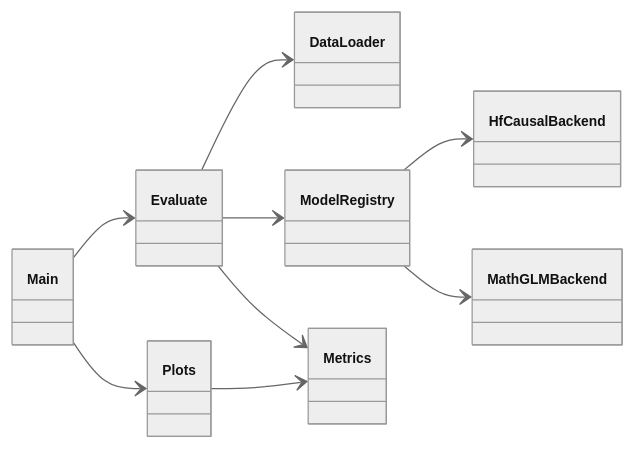
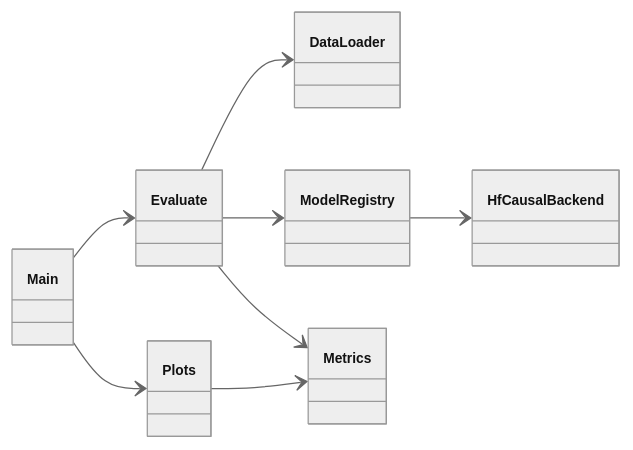
Before and after one commit to pymlex/calculator-benchmark: the diagram in README.md, drawn with Mermaid. The commit also changed other lines of this file and 5 other files, not shown here.

````diff
--- a/README.md
+++ b/README.md
@@ -18,21 +19,19 @@
 ```mermaid
 %%{init: {"theme": "neutral", "themeVariables": {"fontSize": "11px", "classFontSize": "11px"}}}%%
 classDiagram
     direction LR
     class Main
     class Evaluate
     class DataLoader
     class Metrics
     class ModelRegistry
     class HfCausalBackend
-    class MathGLMBackend
     class Plots
     Main --> Evaluate
     Main --> Plots
     Evaluate --> DataLoader
     Evaluate --> ModelRegistry
     ModelRegistry --> HfCausalBackend
-    ModelRegistry --> MathGLMBackend
     Evaluate --> Metrics
     Plots --> Metrics
 ```
````
